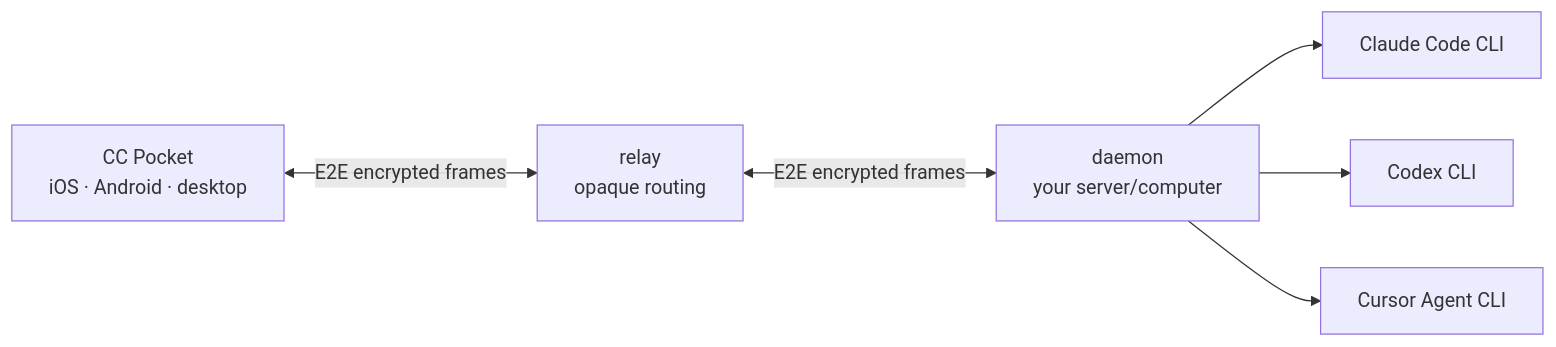
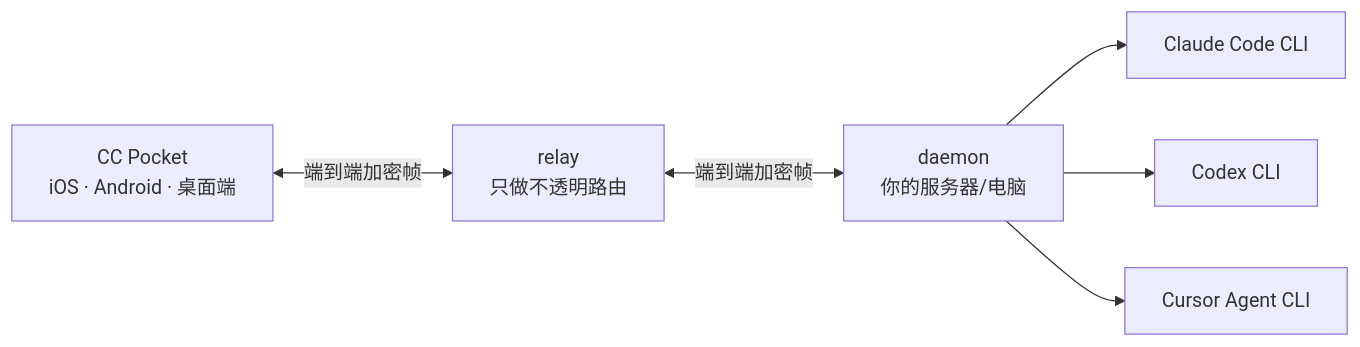
Before and after one commit to heypandax/cc-pocket: the diagram in README.md, drawn with Mermaid. The commit also changed other lines of this file and 10 other files, not shown here.

````diff
--- a/README.md
+++ b/README.md
@@ -29,8 +29,8 @@
 ```mermaid
 flowchart LR
-    app["CC Pocket<br/>iOS · Android · desktop"] <-->|"E2E encrypted frames"| relay["relay<br/>opaque routing"]
-    relay <-->|"E2E encrypted frames"| daemon["daemon<br/>your server/computer"]
+    app["CC Pocket<br/>iOS · Android · 桌面端"] <-->|"端到端加密帧"| relay["relay<br/>只做不透明路由"]
+    relay <-->|"端到端加密帧"| daemon["daemon<br/>你的服务器/电脑"]
     daemon --> claude["Claude Code CLI"]
     daemon --> codex["Codex CLI"]
     daemon --> cursor["Cursor Agent CLI"]
 ```
````
